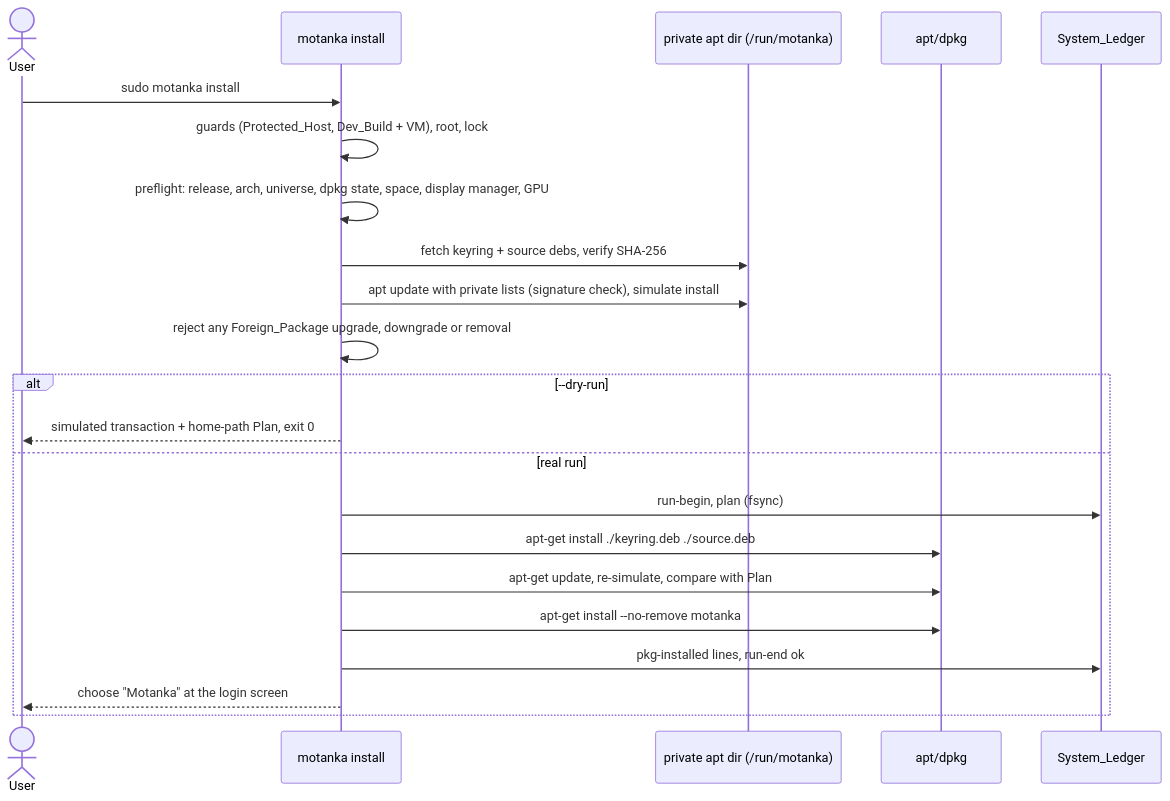
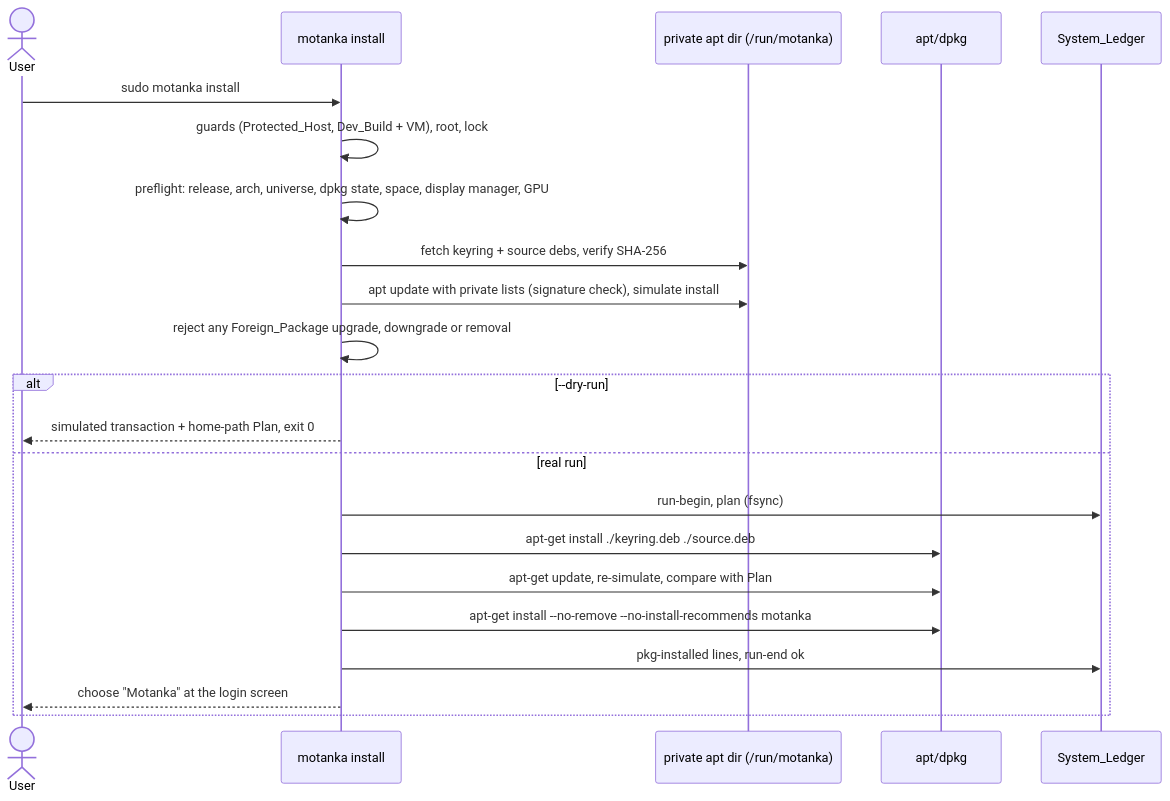
One commit to digitwolf/motanka changed the third of 7 diagrams in .kiro/specs/motanka-layer/design.md. Above: the diagram before and after it, drawn with Mermaid. The commit also changed other lines of this file and 5 other files, not shown here.

First line of the commit message:
fix(install): install no Recommends in the Installer, Updater and Rollback

````diff
--- a/.kiro/specs/motanka-layer/design.md
+++ b/.kiro/specs/motanka-layer/design.md
@@ -93,24 +93,24 @@
 ```mermaid
 sequenceDiagram
   actor User
   participant I as motanka install
   participant T as private apt dir (/run/motanka)
   participant A as apt/dpkg
   participant L as System_Ledger
   User->>I: sudo motanka install
   I->>I: guards (Protected_Host, Dev_Build + VM), root, lock
   I->>I: preflight: release, arch, universe, dpkg state, space, display manager, GPU
   I->>T: fetch keyring + source debs, verify SHA-256
   I->>T: apt update with private lists (signature check), simulate install
   I->>I: reject any Foreign_Package upgrade, downgrade or removal
   alt --dry-run
     I-->>User: simulated transaction + home-path Plan, exit 0
   else real run
     I->>L: run-begin, plan (fsync)
     I->>A: apt-get install ./keyring.deb ./source.deb
     I->>A: apt-get update, re-simulate, compare with Plan
-    I->>A: apt-get install --no-remove motanka
+    I->>A: apt-get install --no-remove --no-install-recommends motanka
     I->>L: pkg-installed lines, run-end ok
     I-->>User: choose "Motanka" at the login screen
   end
 ```
````
